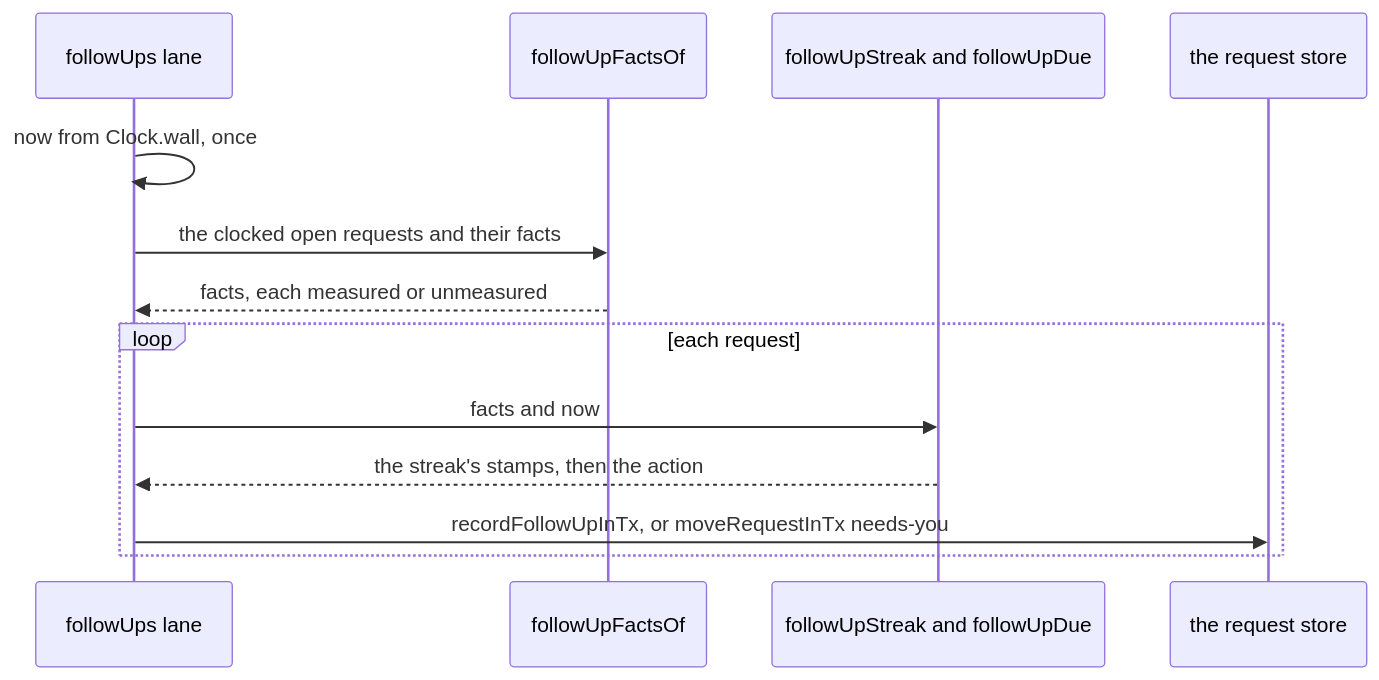
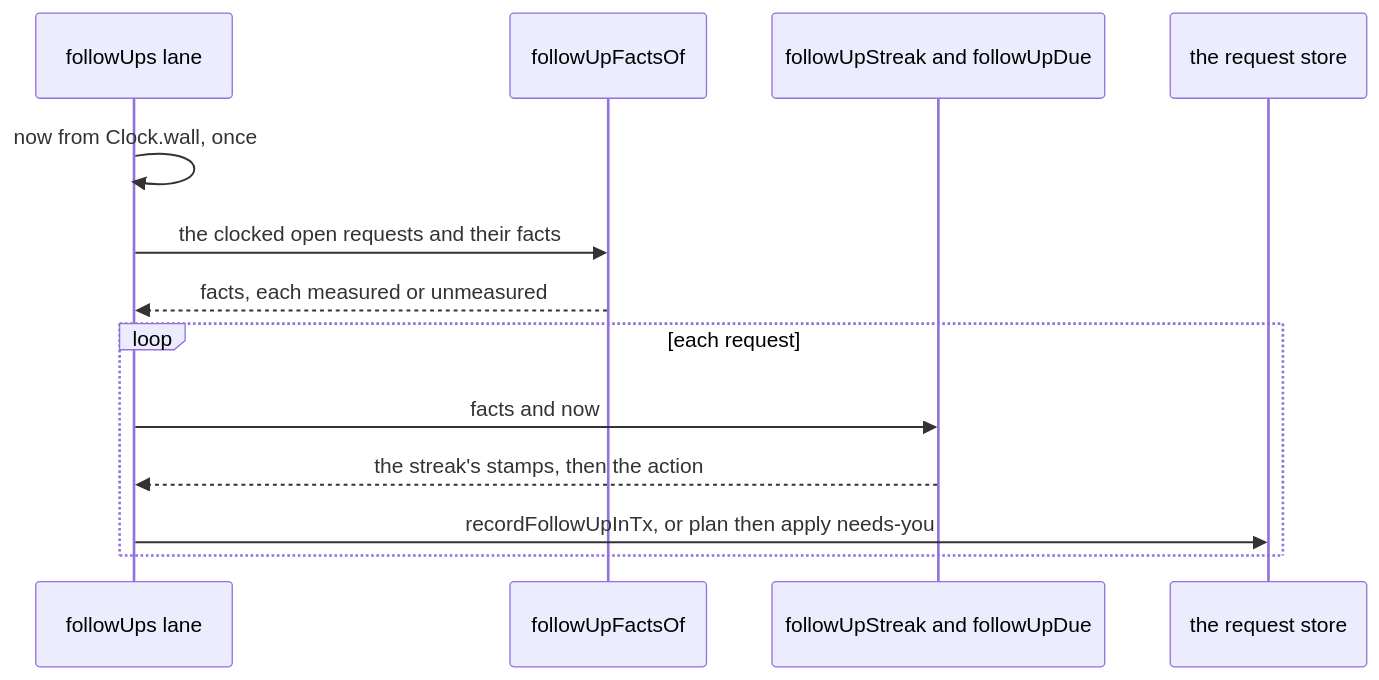
One commit to Synapsium-Labs/ccrc-pwa changed the second of 3 diagrams in docs/superpowers/plans/2026-11-16-overlord-w2/w2-follow-up.md. Above: the diagram before and after it, drawn with Mermaid. The commit also changed other lines of this file and 1 other file, not shown here.

First line of the commit message:
docs(plan): W2 done tests and follow-up, fix round 1 (review 2282)

````diff
--- a/docs/superpowers/plans/2026-11-16-overlord-w2/w2-follow-up.md
+++ b/docs/superpowers/plans/2026-11-16-overlord-w2/w2-follow-up.md
@@ -223,15 +263,15 @@
 ```mermaid
 sequenceDiagram
   participant L as followUps lane
   participant G as followUpFactsOf
   participant D as followUpStreak and followUpDue
   participant S as the request store
   L->>L: now from Clock.wall, once
   L->>G: the clocked open requests and their facts
   G-->>L: facts, each measured or unmeasured
   loop each request
     L->>D: facts and now
     D-->>L: the streak's stamps, then the action
-    L->>S: recordFollowUpInTx, or moveRequestInTx needs-you
+    L->>S: recordFollowUpInTx, or plan then apply needs-you
   end
 ```
````
